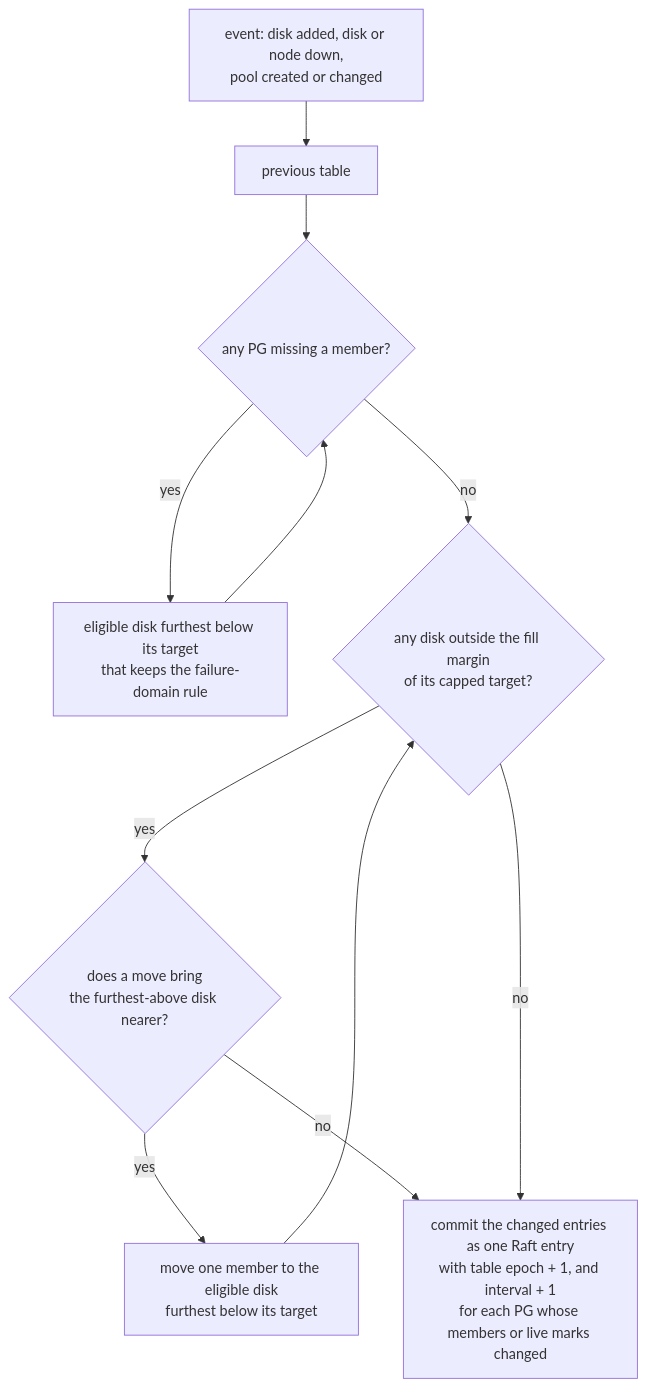
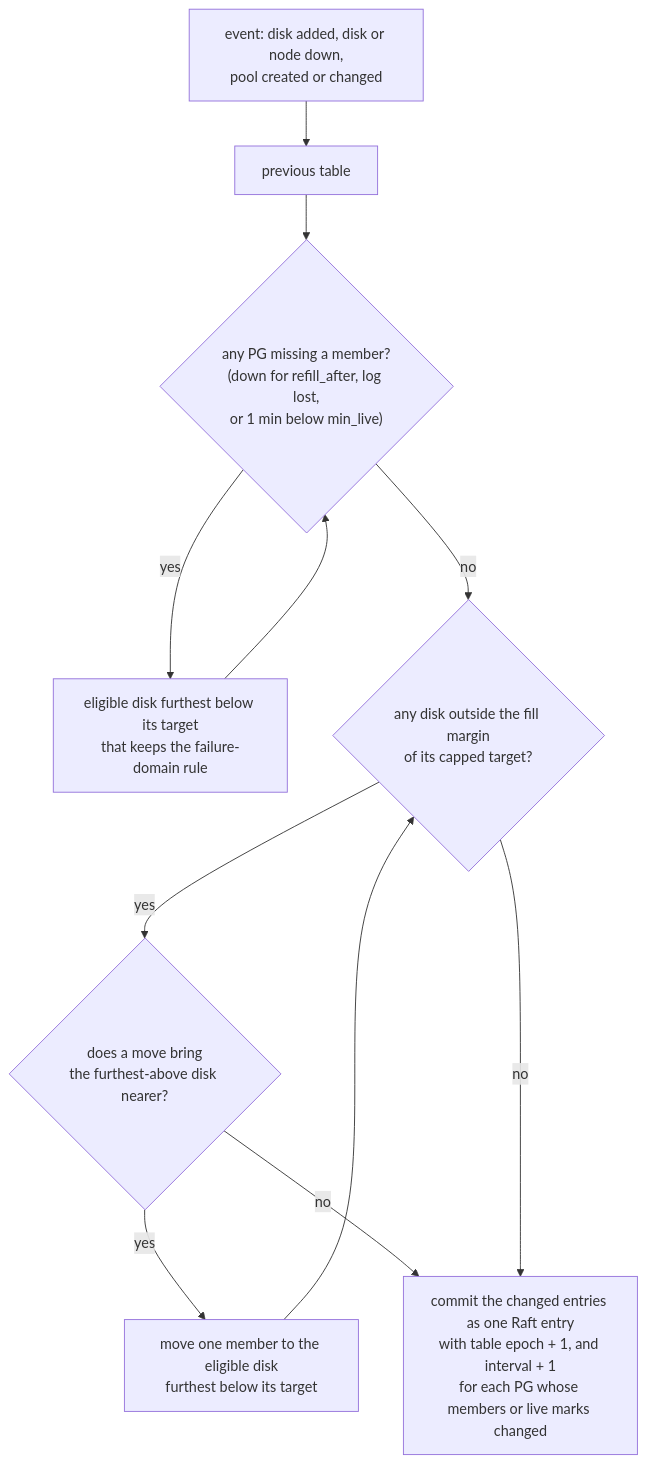
Before and after one commit to nvcnvn/rock-solid: the third of 5 diagrams in blogs/02-chunks-and-placement.md, drawn with Mermaid. The commit also changed other lines of this file and 10 other files, not shown here.

````diff
--- a/blogs/02-chunks-and-placement.md
+++ b/blogs/02-chunks-and-placement.md
@@ -403,13 +416,13 @@
 ```mermaid
 flowchart TD
     E["event: disk added, disk or node down,<br/>pool created or changed"] --> S["previous table"]
-    S --> M{"any PG missing a member?"}
+    S --> M{"any PG missing a member?<br/>(down for refill_after, log lost,<br/>or 1 min below min_live)"}
     M -- "yes" --> R["eligible disk furthest below its target<br/>that keeps the failure-domain rule"]
     R --> M
     M -- "no" --> B{"any disk outside the fill margin<br/>of its capped target?"}
     B -- "yes" --> H{"does a move bring<br/>the furthest-above disk nearer?"}
     H -- "yes" --> MV["move one member to the eligible disk<br/>furthest below its target"]
     MV --> B
     H -- "no" --> C
     B -- "no" --> C["commit the changed entries as one Raft entry<br/>with table epoch + 1, and interval + 1<br/>for each PG whose members or live marks changed"]
 ```
````
